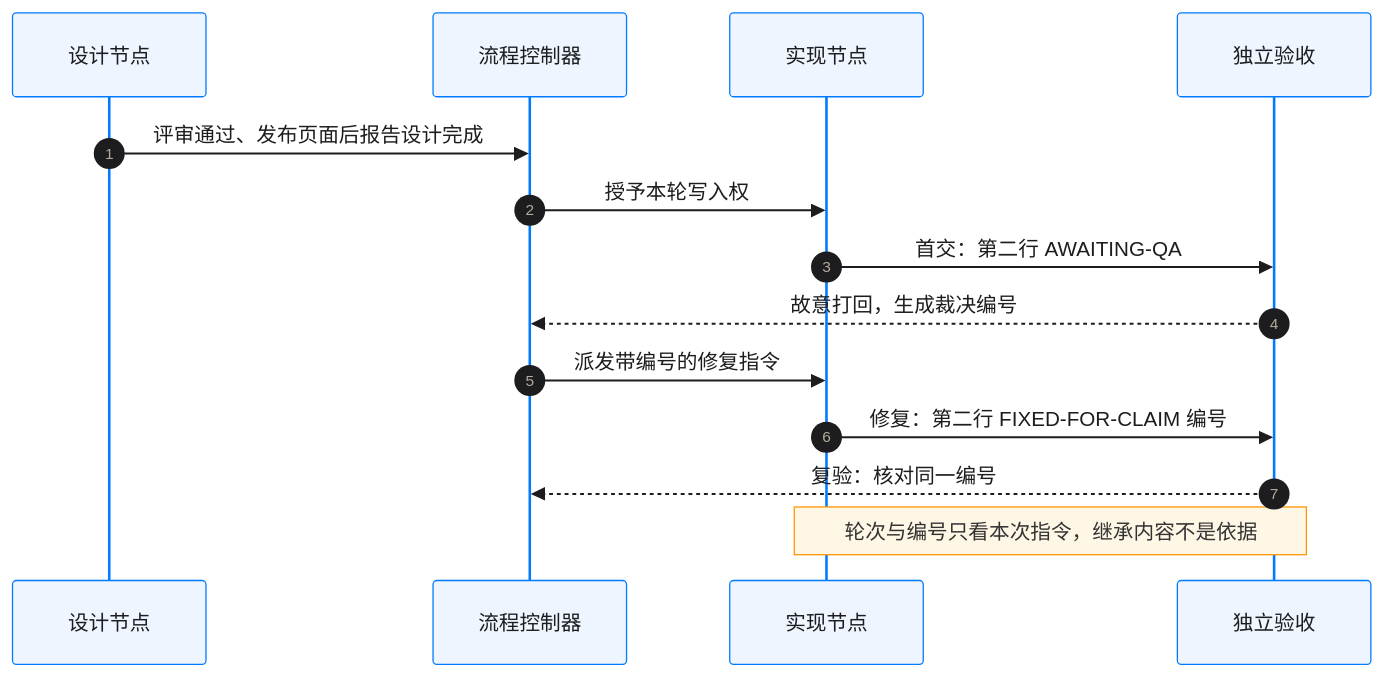
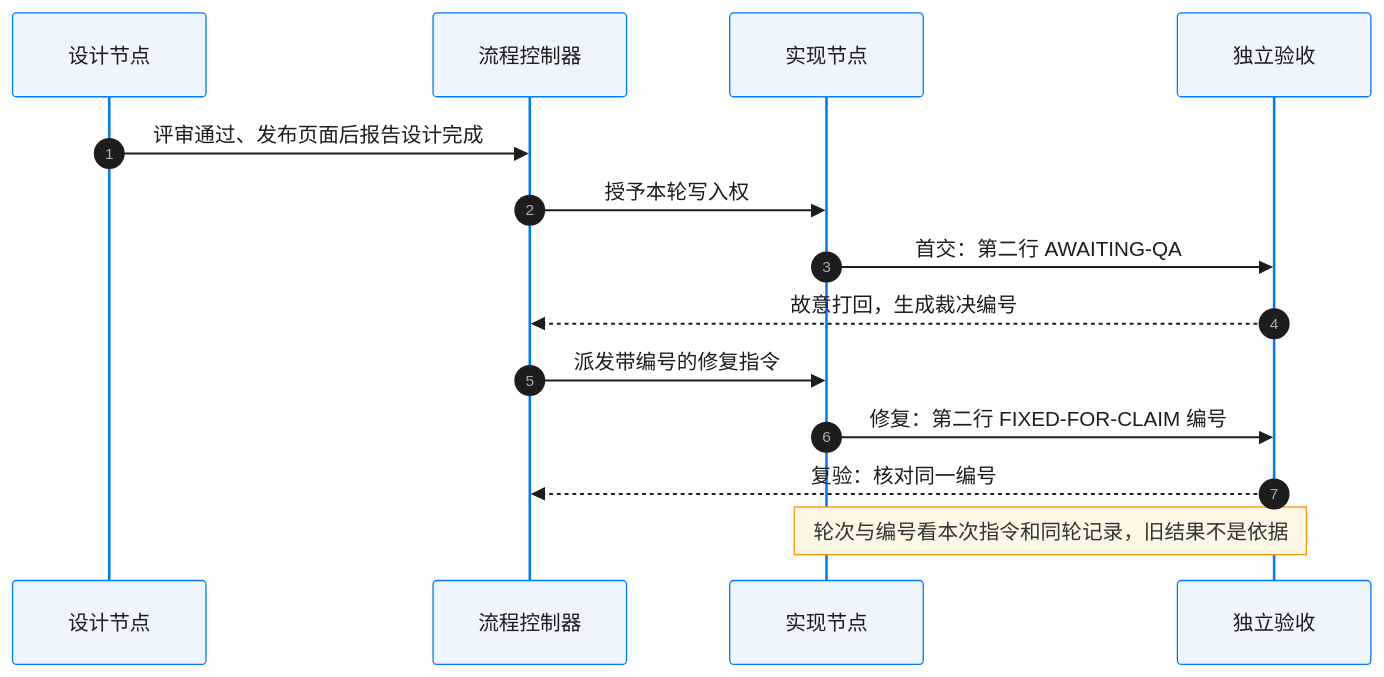
The diagram in engineering/doc/FLY-3225-real-runner-drill/design-d1.mmd (xrliAnnie/flywheel-qa-sandbox), drawn with Mermaid before and after one commit. The commit also changed 4 other files, not shown here.

```diff
--- a/engineering/doc/FLY-3225-real-runner-drill/design-d1.mmd
+++ b/engineering/doc/FLY-3225-real-runner-drill/design-d1.mmd
@@ -1,15 +1,15 @@
 %%{init: {"theme":"base","themeVariables":{"fontFamily":"PingFang SC, sans-serif","primaryColor":"#f5f5f7","primaryTextColor":"#1d1d1f","primaryBorderColor":"#86868b","lineColor":"#4b5563","actorBkg":"#eef5ff","actorBorder":"#007aff","actorTextColor":"#1d1d1f","noteBkgColor":"#fff7e6","noteBorderColor":"#ff9500"}}}%%
 sequenceDiagram
     autonumber
     participant D as 设计节点
     participant C as 流程控制器
     participant I as 实现节点
     participant Q as 独立验收
     D->>C: 评审通过、发布页面后报告设计完成
     C->>I: 授予本轮写入权
     I->>Q: 首交：第二行 AWAITING-QA
     Q-->>C: 故意打回，生成裁决编号
     C->>I: 派发带编号的修复指令
     I->>Q: 修复：第二行 FIXED-FOR-CLAIM 编号
     Q-->>C: 复验：核对同一编号
-    Note over I,Q: 轮次与编号只看本次指令，继承内容不是依据
+    Note over I,Q: 轮次与编号看本次指令和同轮记录，旧结果不是依据
```
